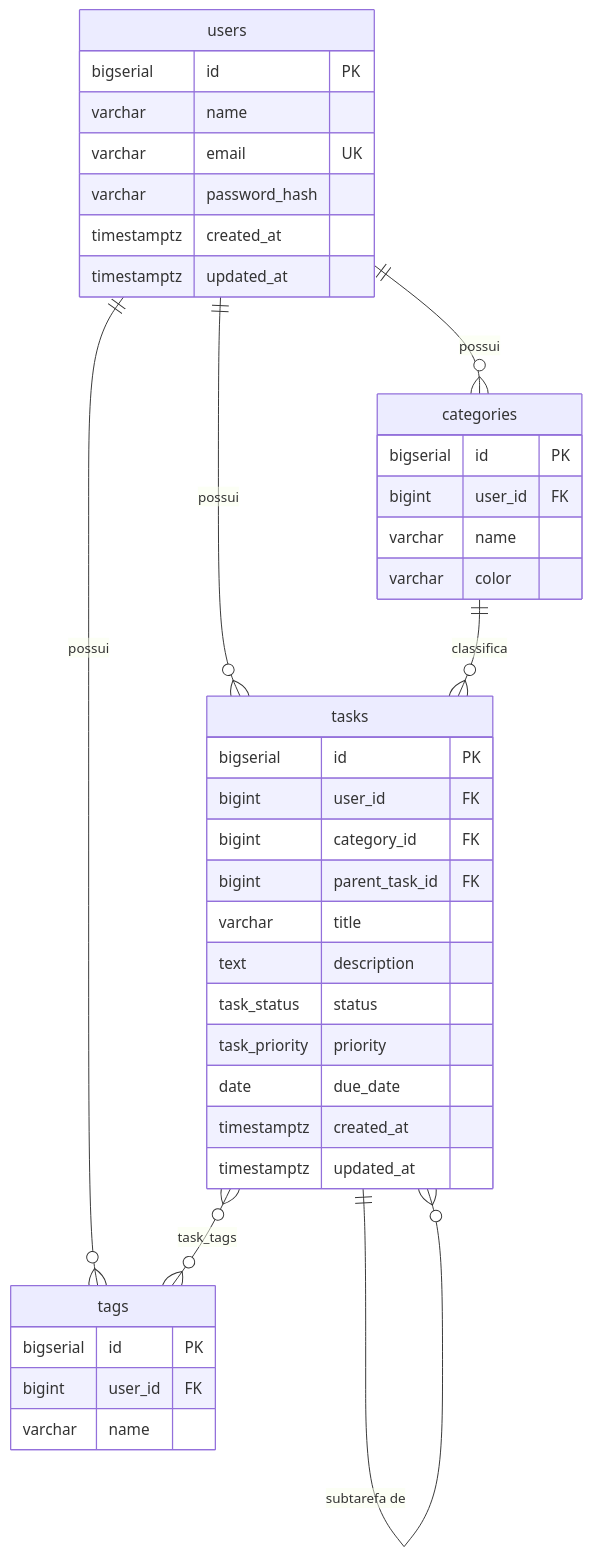
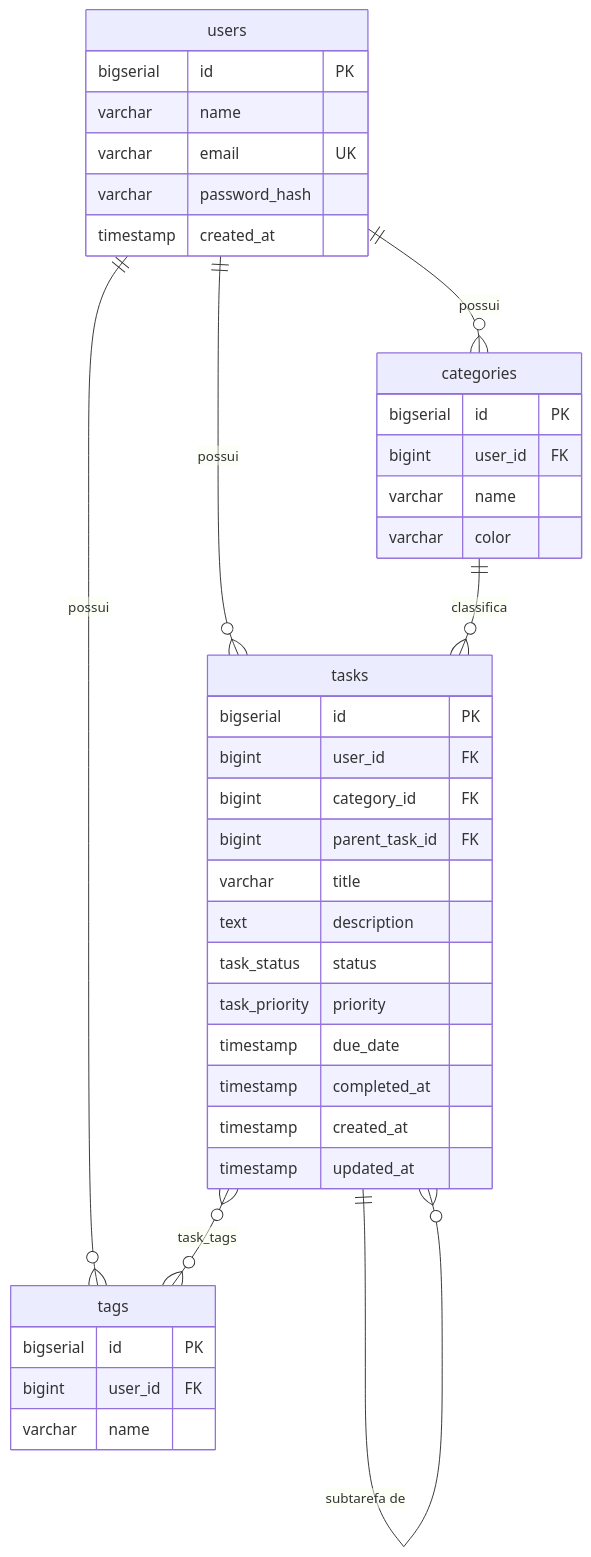
Before and after one commit to ThiagoHeckler/Task_API: the diagram in README.md, drawn with Mermaid. The commit also changed other lines of this file and 1 other file, not shown here.

````diff
--- a/README.md
+++ b/README.md
@@ -52,42 +53,42 @@
 ```mermaid
 erDiagram
     users ||--o{ categories : possui
     users ||--o{ tags : possui
     users ||--o{ tasks : possui
     categories ||--o{ tasks : classifica
     tasks ||--o{ tasks : "subtarefa de"
     tasks }o--o{ tags : task_tags
 
     users {
         bigserial id PK
         varchar name
         varchar email UK
         varchar password_hash
-        timestamptz created_at
-        timestamptz updated_at
+        timestamp created_at
     }
     categories {
         bigserial id PK
         bigint user_id FK
         varchar name
         varchar color
     }
     tags {
         bigserial id PK
         bigint user_id FK
         varchar name
     }
     tasks {
         bigserial id PK
         bigint user_id FK
         bigint category_id FK
         bigint parent_task_id FK
         varchar title
         text description
         task_status status
         task_priority priority
-        date due_date
-        timestamptz created_at
-        timestamptz updated_at
+        timestamp due_date
+        timestamp completed_at
+        timestamp created_at
+        timestamp updated_at
     }
 ```
````
